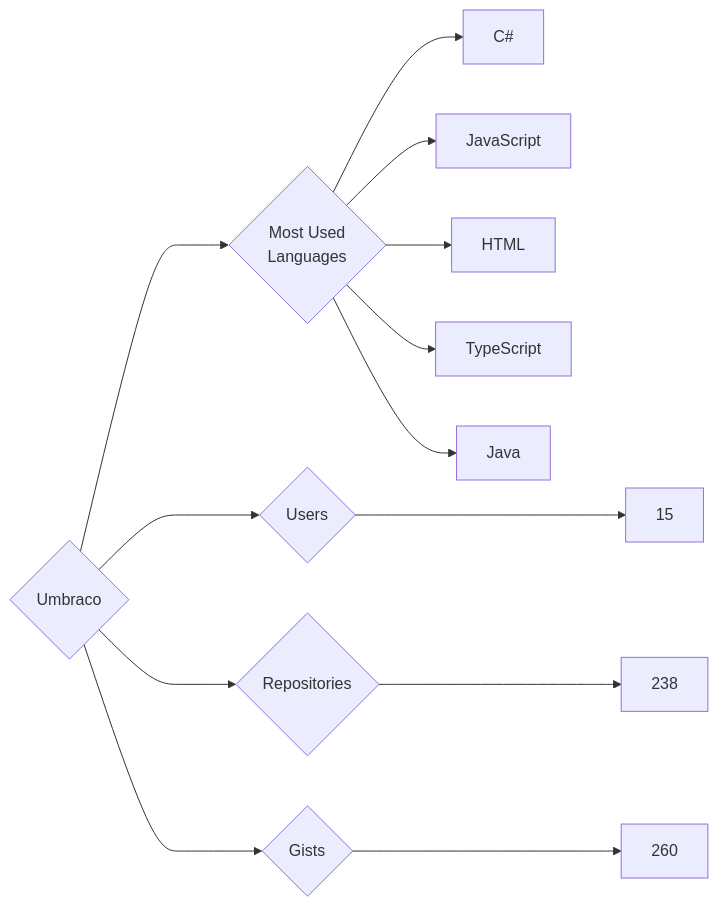
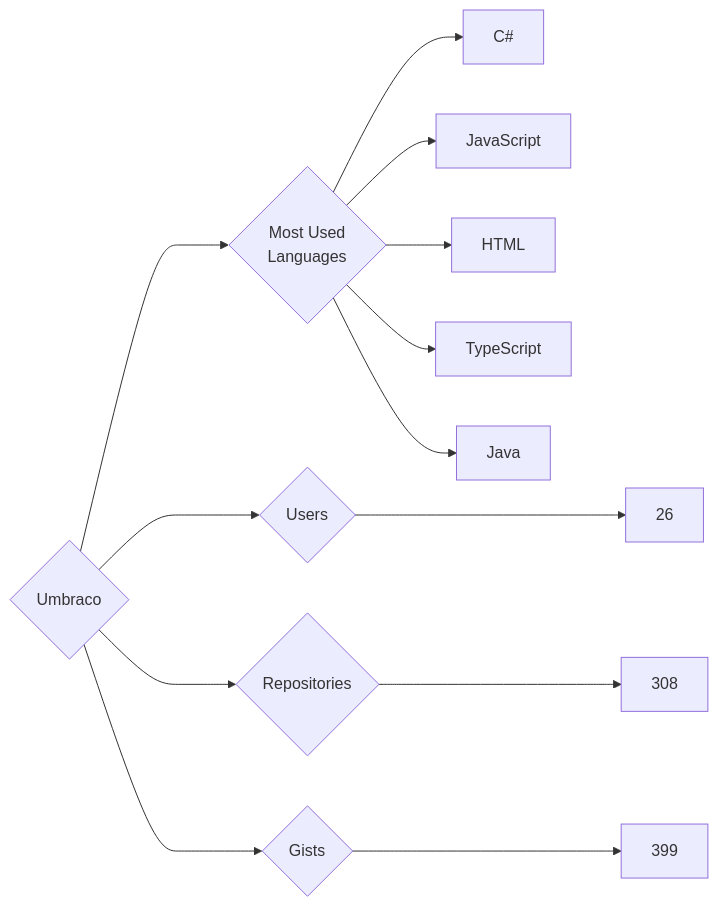
The diagram in targets/Umbraco/README.md (trickest/insiders), drawn with Mermaid before and after one commit. The commit also changed 715 other files, not shown here.

````diff
--- a/targets/Umbraco/README.md
+++ b/targets/Umbraco/README.md
@@ -3,13 +3,13 @@
 ```mermaid
 graph LR
 COMPANY_NAME{Umbraco}
-COMPANY_NAME ---> U{Users} ---> UN[15]
-COMPANY_NAME ---> R{Repositories} ---> RN[238]
-COMPANY_NAME ---> G{Gists} ---> GN[260]
+COMPANY_NAME ---> U{Users} ---> UN[26]
+COMPANY_NAME ---> R{Repositories} ---> RN[308]
+COMPANY_NAME ---> G{Gists} ---> GN[399]
 COMPANY_NAME ---> ML{Most Used<br>Languages}
 ML --> C#[C#]
 ML --> JavaScript[JavaScript]
 ML --> HTML[HTML]
 ML --> TypeScript[TypeScript]
 ML --> Java[Java]
 ```
````
